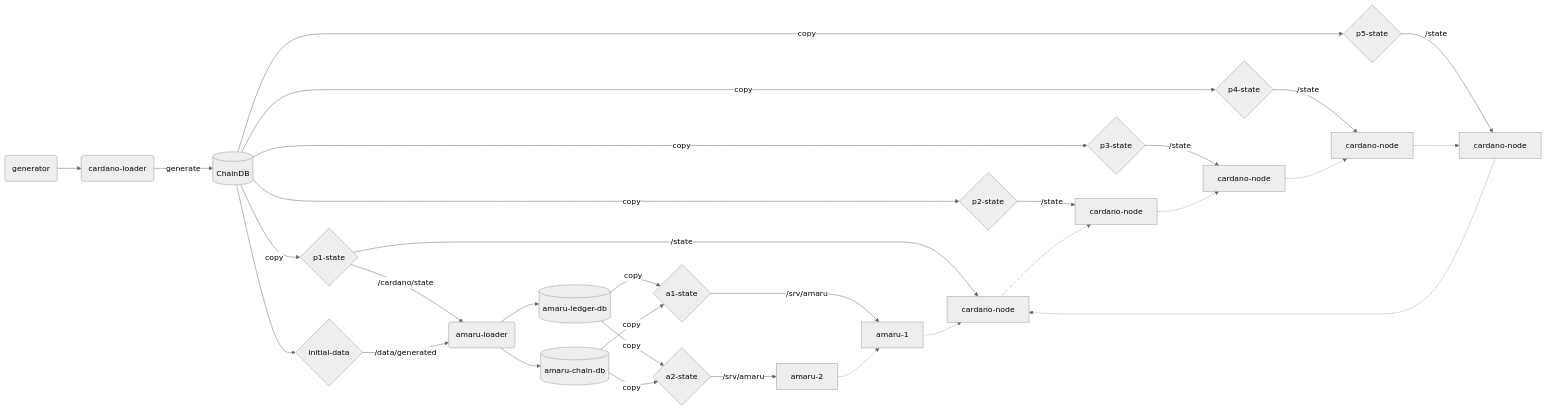
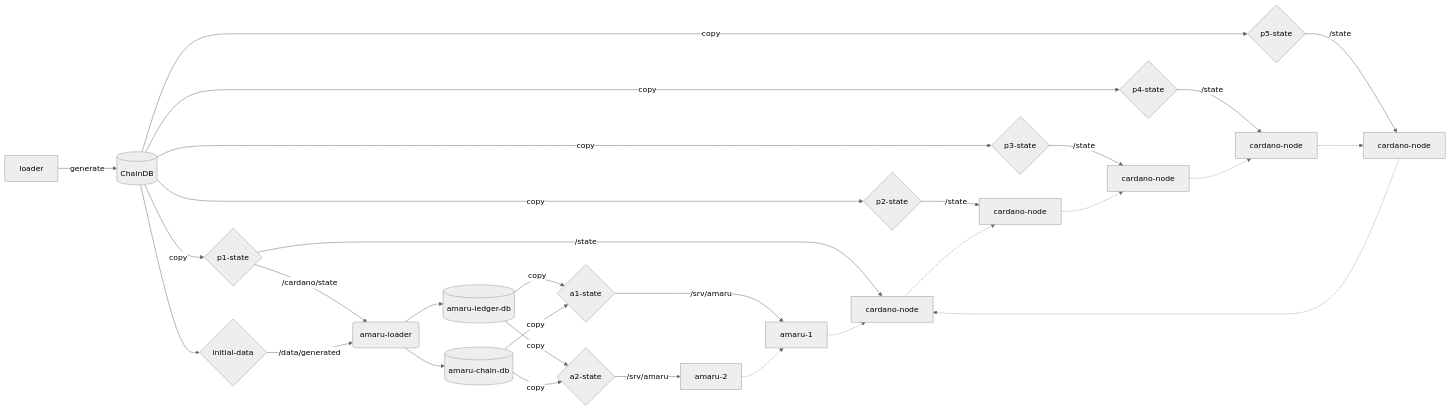
One commit to pragma-org/amaru changed the diagram in docker/testnet/README.md. Above: the diagram before and after it, drawn with Mermaid (neutral theme). The commit also changed other lines of this file and 3 other files, not shown here.

````diff
--- a/docker/testnet/README.md
+++ b/docker/testnet/README.md
@@ -93,34 +93,32 @@
 ```mermaid
 flowchart LR
-    gen(generator) --> loader(cardano-loader)
-
     loader --> |generate| DB[(ChainDB)]
 
     DB -->  gene{initial-data}
 
     DB -->|copy| p1-state{p1-state}
     DB -->|copy| p2-state{p2-state}
     DB -->|copy| p3-state{p3-state}
     DB -->|copy| p4-state{p4-state}
     DB -->|copy| p5-state{p5-state}
 
     p1-state -->|/state| p1[cardano-node]
     p2-state -->|/state| p2[cardano-node]
     p3-state -->|/state| p3[cardano-node]
     p4-state -->|/state| p4[cardano-node]
     p5-state -->|/state| p5[cardano-node]
 
     p1 -.-> p2 -.-> p3 -.-> p4 -.-> p5 -.-> p1
     p1-state -->|/cardano/state| aloader(amaru-loader)
     gene -->|/data/generated| aloader
 
     aloader --> acdb[(amaru-chain-db)]
     aloader --> aldb[(amaru-ledger-db)]
     aldb & acdb -->|copy| a1-state{a1-state} & a2-state{a2-state}
 
     a1-state -->|/srv/amaru| amaru-1
     a2-state -->|/srv/amaru| amaru-2
 
     amaru-1 -.-> p1
     amaru-2 -.-> amaru-1
 ```
````
